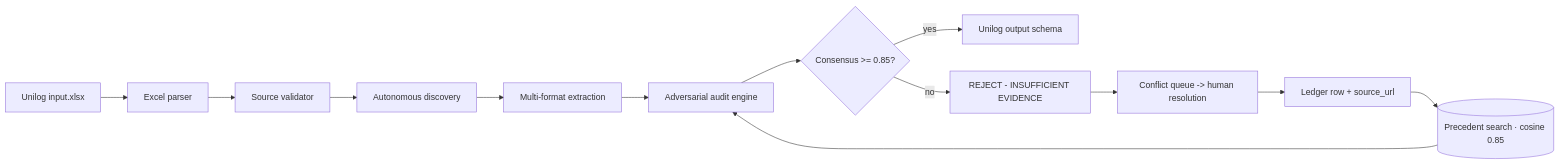
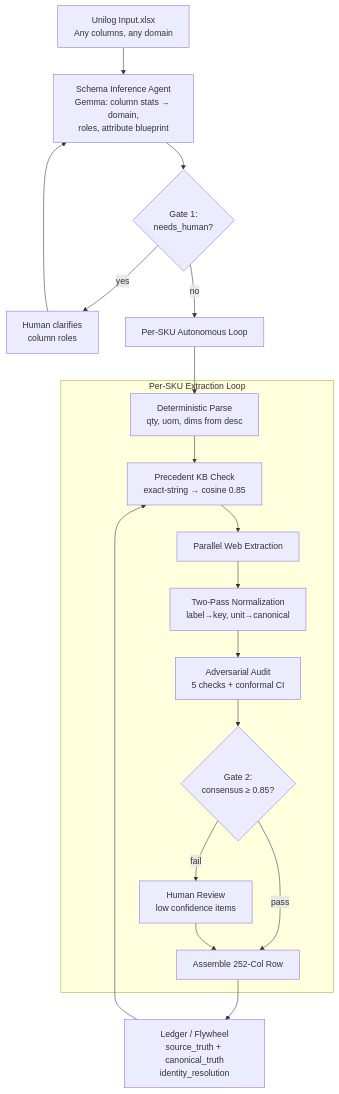
The diagram in README.md (VarshneysvAI/semi-workbench), drawn with Mermaid before and after one commit. The commit also changed other lines of this file, not shown here.

Commit message:
docs: update README with complete architecture vision

````diff
--- a/README.md
+++ b/README.md
@@ -32,15 +106,26 @@
 ```mermaid
-flowchart LR
-    A[Unilog input.xlsx] --> B[Excel parser]
-    B --> C[Source validator]
-    C --> D[Autonomous discovery]
-    D --> E[Multi-format extraction]
-    E --> F[Adversarial audit engine]
-    F --> G{Consensus >= 0.85?}
-    G -- yes --> H[Unilog output schema]
-    G -- no --> I[REJECT - INSUFFICIENT EVIDENCE]
-    I --> J[Conflict queue -> human resolution]
-    J --> K[Ledger row + source_url]
-    K --> L[(Precedent search · cosine 0.85)]
-    L --> F
+flowchart TD
+    A[Unilog Input.xlsx<br/>Any columns, any domain] --> B[Schema Inference Agent<br/>Gemma: column stats → domain,<br/>roles, attribute blueprint]
+    B --> C{Gate 1:<br/>needs_human?}
+    C -- yes --> H[Human clarifies<br/>column roles]
+    H --> B
+    C -- no --> D[Per-SKU Autonomous Loop]
+    
+    subgraph LOOP [Per-SKU Extraction Loop]
+        D1[Deterministic Parse<br/>qty, uom, dims from desc]
+        D2[Precedent KB Check<br/>exact-string → cosine 0.85]
+        D3[Parallel Web Extraction]
+        D4[Two-Pass Normalization<br/>label→key, unit→canonical]
+        D5[Adversarial Audit<br/>5 checks + conformal CI]
+        D6{Gate 2:<br/>consensus ≥ 0.85?}
+        D7[Assemble 252-Col Row]
+        D8[Human Review<br/>low confidence items]
+    end
+    
+    D --> D1 --> D2 --> D3 --> D4 --> D5 --> D6
+    D6 -- pass --> D7
+    D6 -- fail --> D8
+    D8 --> D7
+    D7 --> L[Ledger / Flywheel<br/>source_truth + canonical_truth<br/>identity_resolution]
+    L --> D2
 ```
````
